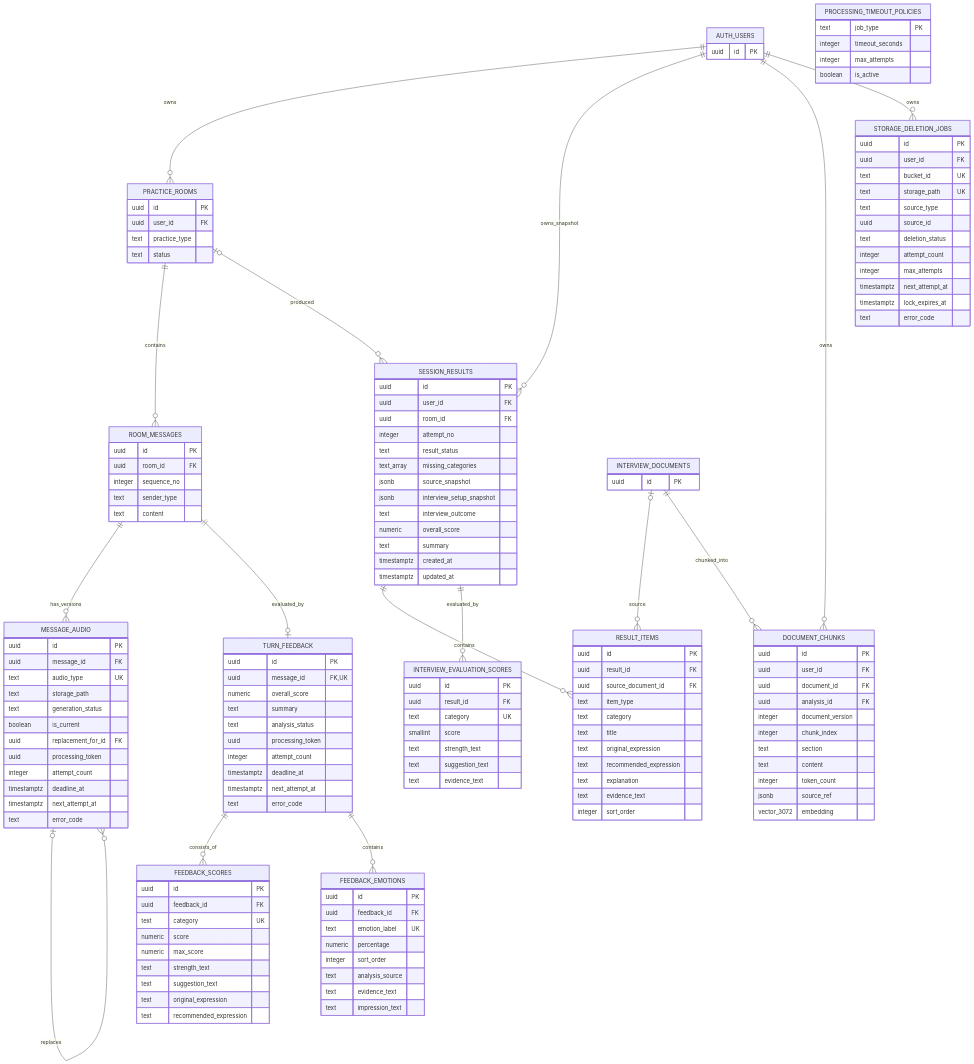
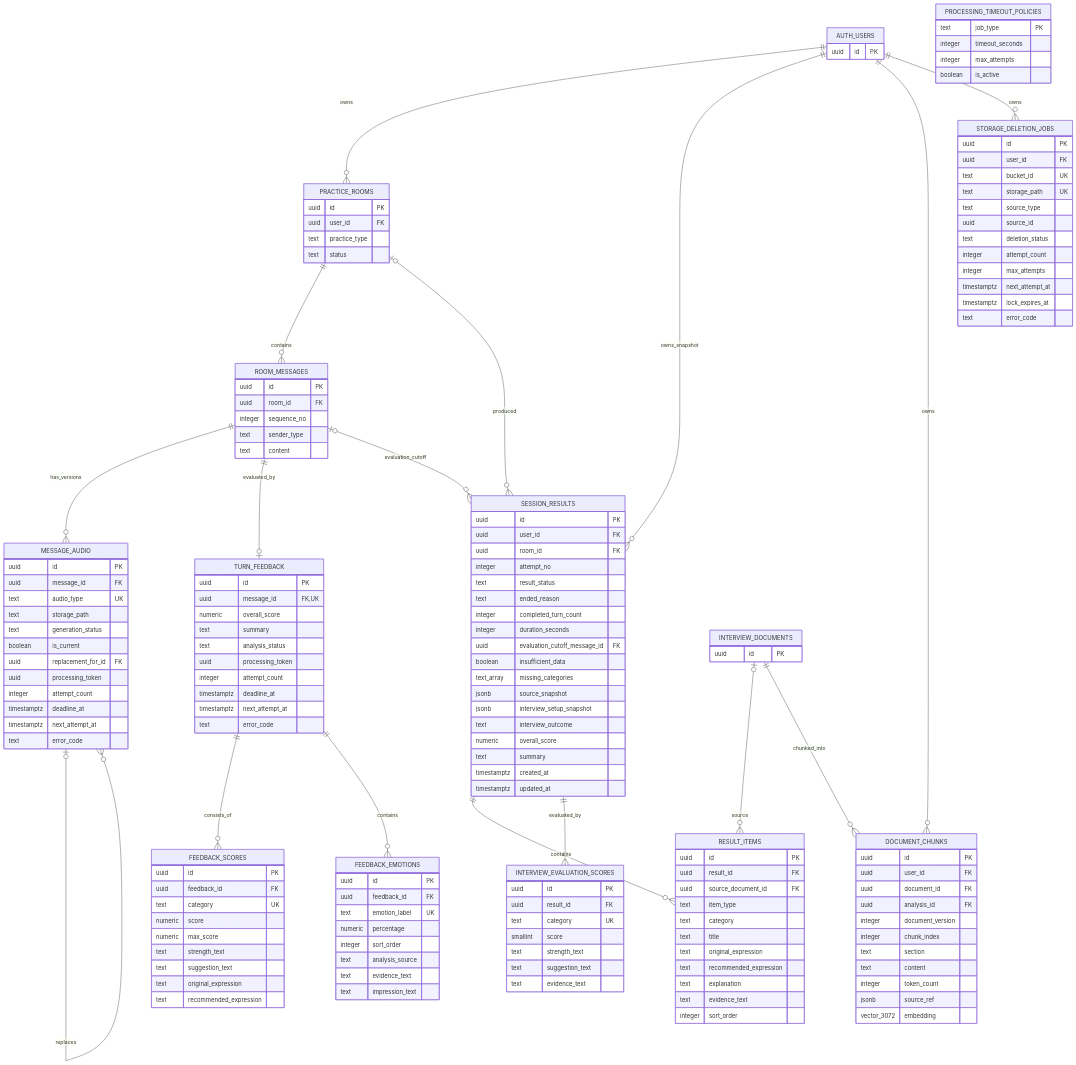
Before and after one commit to K-manner-speech/k-manner-speech-advanced-api: the second of 5 diagrams in docs/ERD.md, drawn with Mermaid. The commit also changed other lines of this file and 5 other files, not shown here.

```diff
--- a/docs/ERD.md
+++ b/docs/ERD.md
@@ -286,6 +295,11 @@
         uuid room_id FK
         integer attempt_no
         text result_status
+        text ended_reason
+        integer completed_turn_count
+        integer duration_seconds
+        uuid evaluation_cutoff_message_id FK
+        boolean insufficient_data
         text_array missing_categories
         jsonb source_snapshot
         jsonb interview_setup_snapshot
@@ -369,6 +383,7 @@
     TURN_FEEDBACK ||--o{ FEEDBACK_EMOTIONS : contains
     AUTH_USERS ||--o{ SESSION_RESULTS : owns_snapshot
     PRACTICE_ROOMS o|--o{ SESSION_RESULTS : produced
+    ROOM_MESSAGES o|--o{ SESSION_RESULTS : evaluation_cutoff
     SESSION_RESULTS ||--o{ RESULT_ITEMS : contains
     SESSION_RESULTS ||--o{ INTERVIEW_EVALUATION_SCORES : evaluated_by
     INTERVIEW_DOCUMENTS o|--o{ RESULT_ITEMS : source
```
